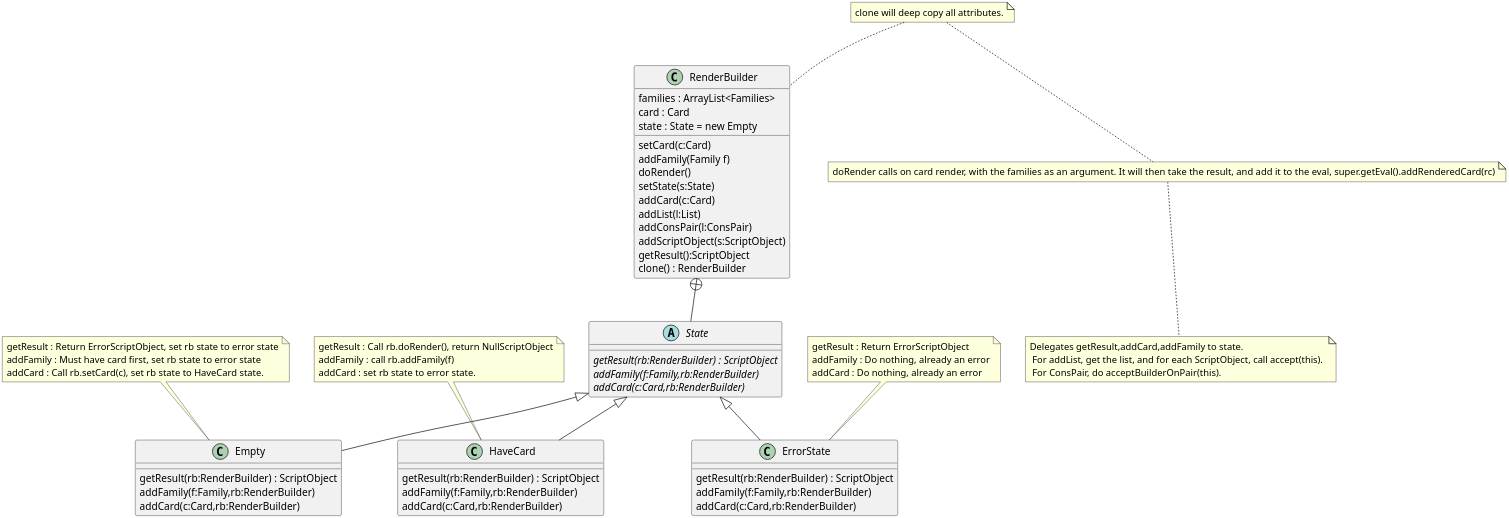
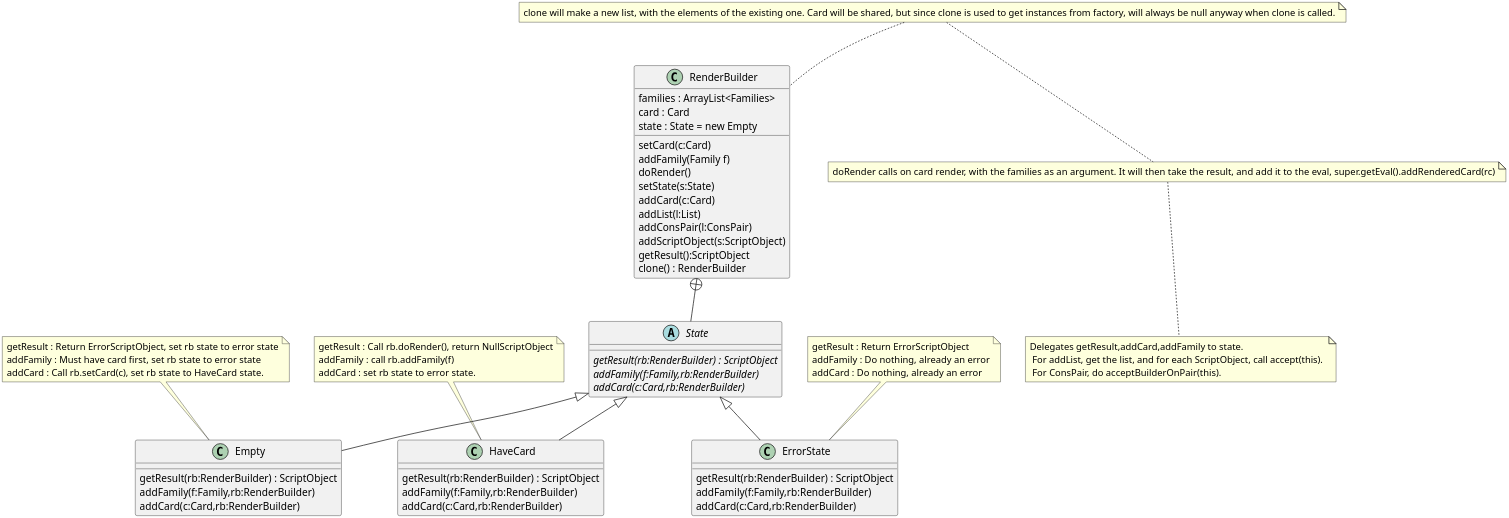
The diagram in Builder/RenderBuilder.org (MatthewBregg/DesignPatternsRepo), drawn with PlantUML before and after one commit. The commit also changed 19 other files, not shown here.

```diff
--- a/Builder/RenderBuilder.org
+++ b/Builder/RenderBuilder.org
@@ -1,68 +1,68 @@
 #+BEGIN_SRC plantuml :file RenderBuilder.png
 skinparam dpi 300
 
 class RenderBuilder
 
 RenderBuilder : families : ArrayList<Families> 
 RenderBuilder : card : Card
 RenderBuilder : setCard(c:Card)
 RenderBuilder : addFamily(Family f)
 RenderBuilder : doRender()
 RenderBuilder : state : State = new Empty
 RenderBuilder : setState(s:State)
 RenderBuilder : addCard(c:Card)
 RenderBuilder : addList(l:List)
 RenderBuilder : addConsPair(l:ConsPair)
 RenderBuilder : addScriptObject(s:ScriptObject)
 RenderBuilder : getResult():ScriptObject
 RenderBuilder : clone() : RenderBuilder
-note top : clone will deep copy all attributes.
+note top : clone will make a new list, with the elements of the existing one. Card will be shared, but since clone is used to get instances from factory, will always be null anyway when clone is called.
 note bottom : doRender calls on card render, with the families as an argument. It will then take the result, and add it to the eval, super.getEval().addRenderedCard(rc)
 
 note bottom : Delegates getResult,addCard,addFamily to state. \n For addList, get the list, and for each ScriptObject, call accept(this). \n For ConsPair, do acceptBuilderOnPair(this).
 
 RenderBuilder +-- State
 
 abstract class State as "{abstract}\nState"
 State : {abstract}getResult(rb:RenderBuilder) : ScriptObject
 State : {abstract}addFamily(f:Family,rb:RenderBuilder)
 State : {abstract}addCard(c:Card,rb:RenderBuilder)
 
 State <|--Empty
 State <|--HaveCard
 State <|--ErrorState
 
 class Empty
 Empty : getResult(rb:RenderBuilder) : ScriptObject
 Empty : addFamily(f:Family,rb:RenderBuilder)
 Empty : addCard(c:Card,rb:RenderBuilder)
 
 note top of Empty
   getResult : Return ErrorScriptObject, set rb state to error state
   addFamily : Must have card first, set rb state to error state
   addCard : Call rb.setCard(c), set rb state to HaveCard state.
 end note
 
 class HaveCard
 HaveCard : getResult(rb:RenderBuilder) : ScriptObject
 HaveCard : addFamily(f:Family,rb:RenderBuilder)
 HaveCard : addCard(c:Card,rb:RenderBuilder)
 
 note top of HaveCard
   getResult : Call rb.doRender(), return NullScriptObject
   addFamily : call rb.addFamily(f)
   addCard : set rb state to error state.
 end note
 
 class ErrorState
 ErrorState : getResult(rb:RenderBuilder) : ScriptObject
 ErrorState : addFamily(f:Family,rb:RenderBuilder) 
 ErrorState : addCard(c:Card,rb:RenderBuilder)
 
 note top of ErrorState 
   getResult : Return ErrorScriptObject
   addFamily : Do nothing, already an error
   addCard : Do nothing, already an error
 end note
 
 #+END_SRC
```
